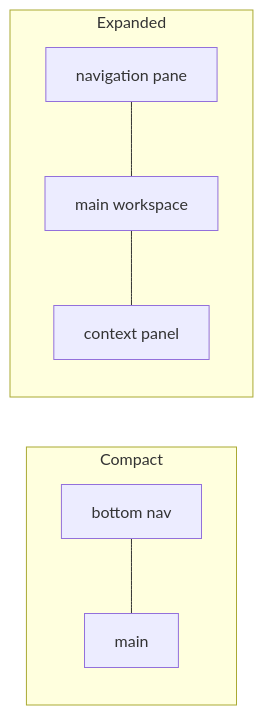
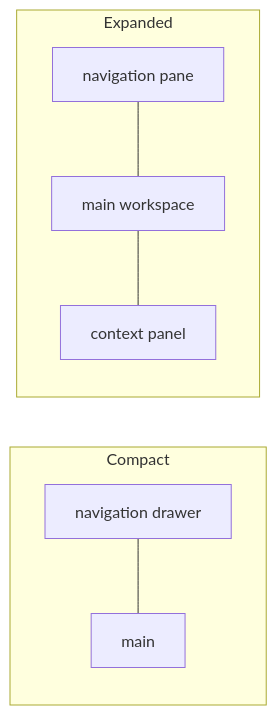
One commit to Dienvu1008/LifeFlow changed the diagram in docs/architecture/ui-ux-architecture.md. Above: the diagram before and after it, drawn with Mermaid. The commit also changed other lines of this file and 14 other files, not shown here.

First line of the commit message:
UI: navigation drawer on phones, profile as its header (ADR-0044)

````diff
--- a/docs/architecture/ui-ux-architecture.md
+++ b/docs/architecture/ui-ux-architecture.md
@@ -17,9 +17,9 @@
 ```mermaid
 flowchart LR
   subgraph Compact
-    BN[bottom nav] --- M1[main]
+    BN[navigation drawer] --- M1[main]
   end
   subgraph Expanded
     NP[navigation pane] --- MW[main workspace] --- CP[context panel]
   end
 ```
````
